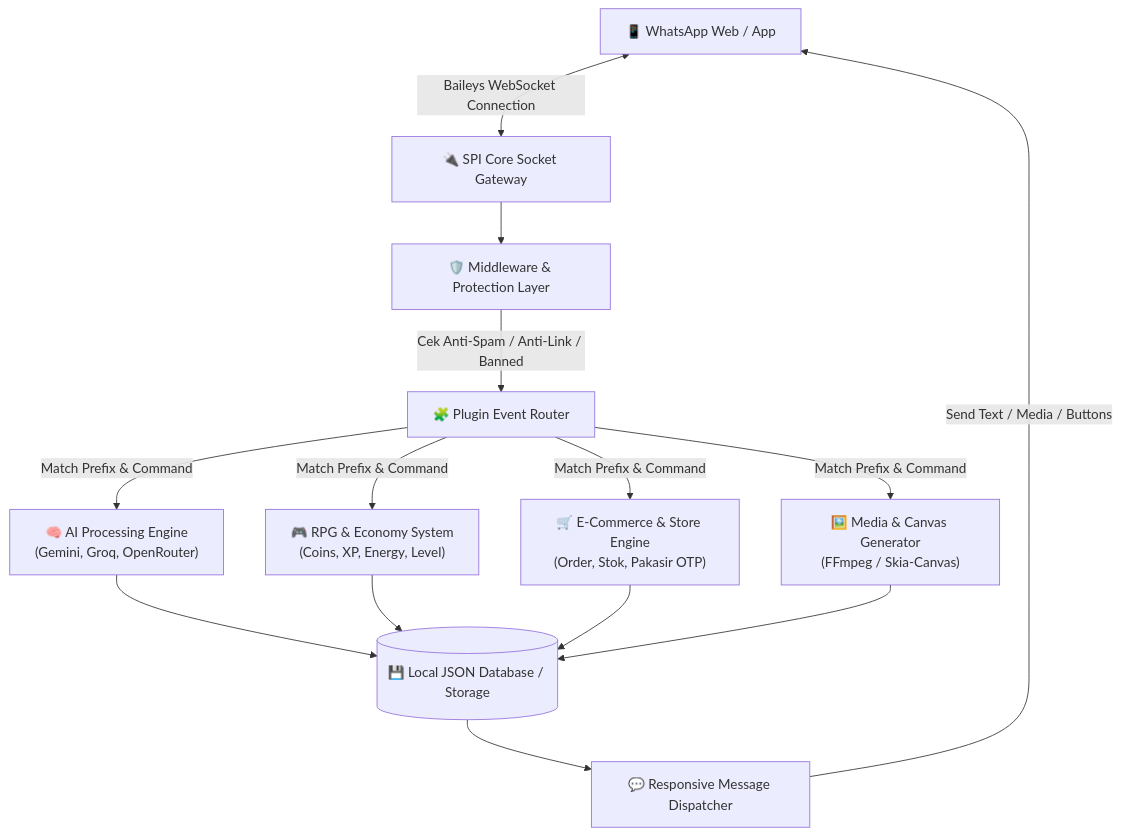
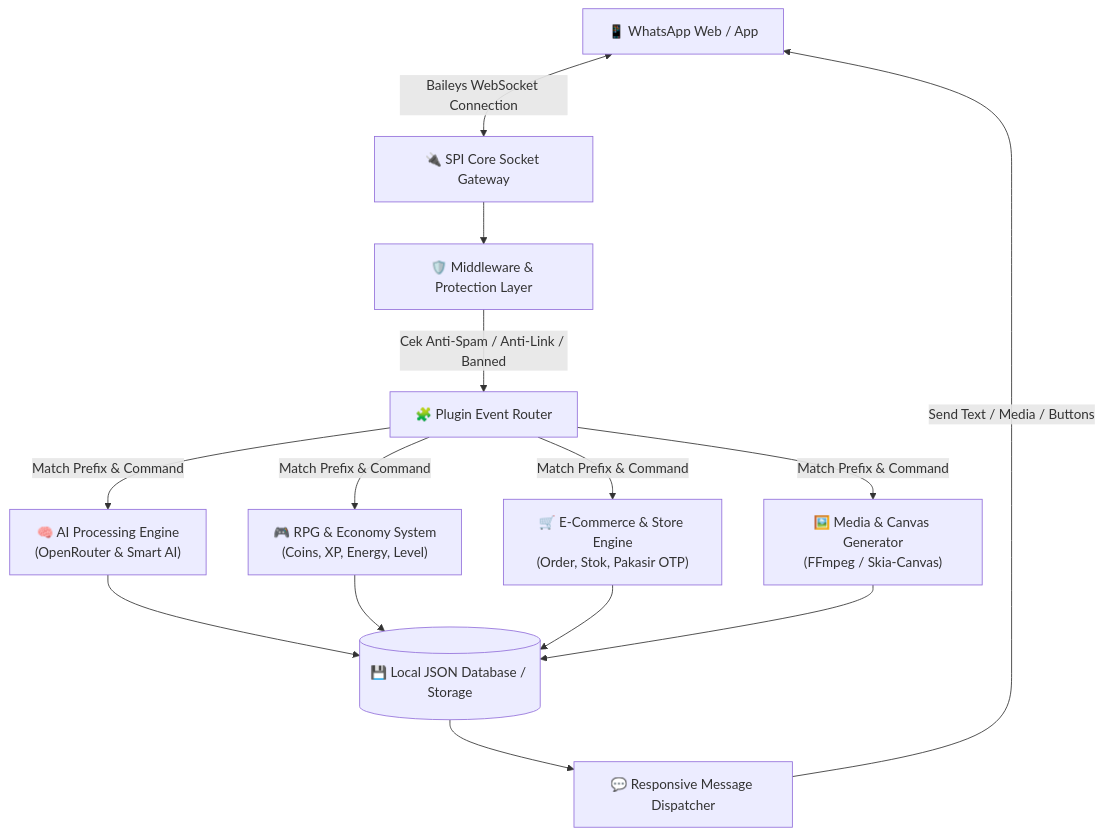
Before and after one commit to MuhammadLutfiMuzakiiVY/SPI-MD: the diagram in README.md, drawn with Mermaid. The commit also changed other lines of this file, not shown here.

Commit message:
Remove Gemini and Groq references from README

````diff
--- a/README.md
+++ b/README.md
@@ -52,19 +52,19 @@
 ```mermaid
 flowchart TD
     A["📱 WhatsApp Web / App"] <-->|"Baileys WebSocket Connection"| B["🔌 SPI Core Socket Gateway"]
     B --> C["🛡️ Middleware & Protection Layer"]
     C -->|"Cek Anti-Spam / Anti-Link / Banned"| D["🧩 Plugin Event Router"]
     
-    D -->|"Match Prefix & Command"| E1["🧠 AI Processing Engine<br/>(Gemini, Groq, OpenRouter)"]
+    D -->|"Match Prefix & Command"| E1["🧠 AI Processing Engine<br/>(OpenRouter & Smart AI)"]
     D -->|"Match Prefix & Command"| E2["🎮 RPG & Economy System<br/>(Coins, XP, Energy, Level)"]
     D -->|"Match Prefix & Command"| E3["🛒 E-Commerce & Store Engine<br/>(Order, Stok, Pakasir OTP)"]
     D -->|"Match Prefix & Command"| E4["🖼️ Media & Canvas Generator<br/>(FFmpeg / Skia-Canvas)"]
 
     E1 --> F[("💾 Local JSON Database / Storage")]
     E2 --> F
     E3 --> F
     E4 --> F
 
     F --> G["💬 Responsive Message Dispatcher"]
     G -->|"Send Text / Media / Buttons"| A
 ```
````
